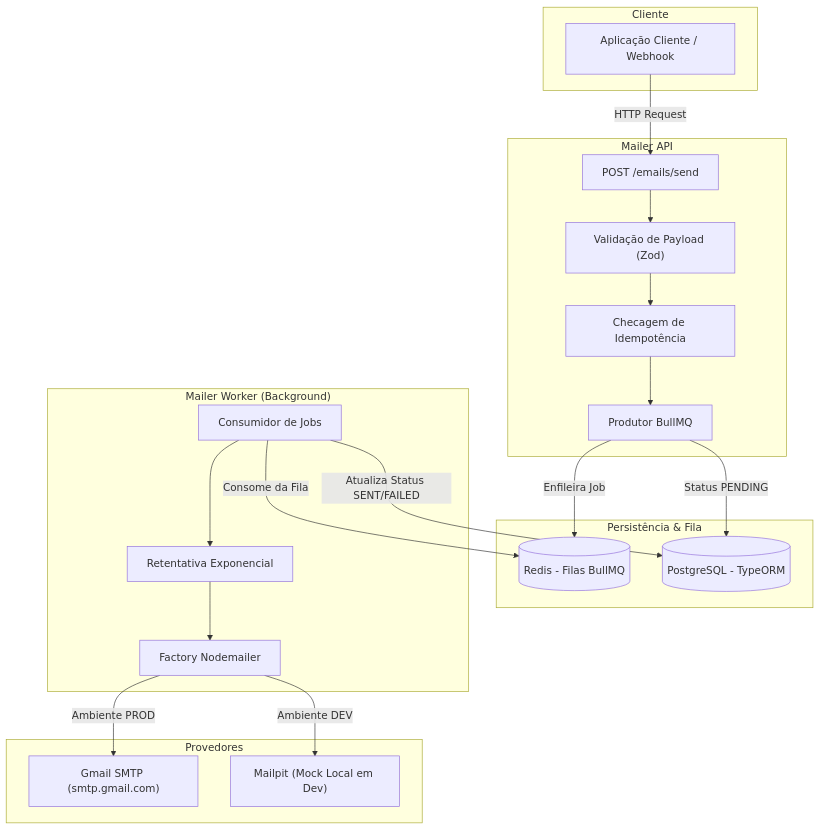
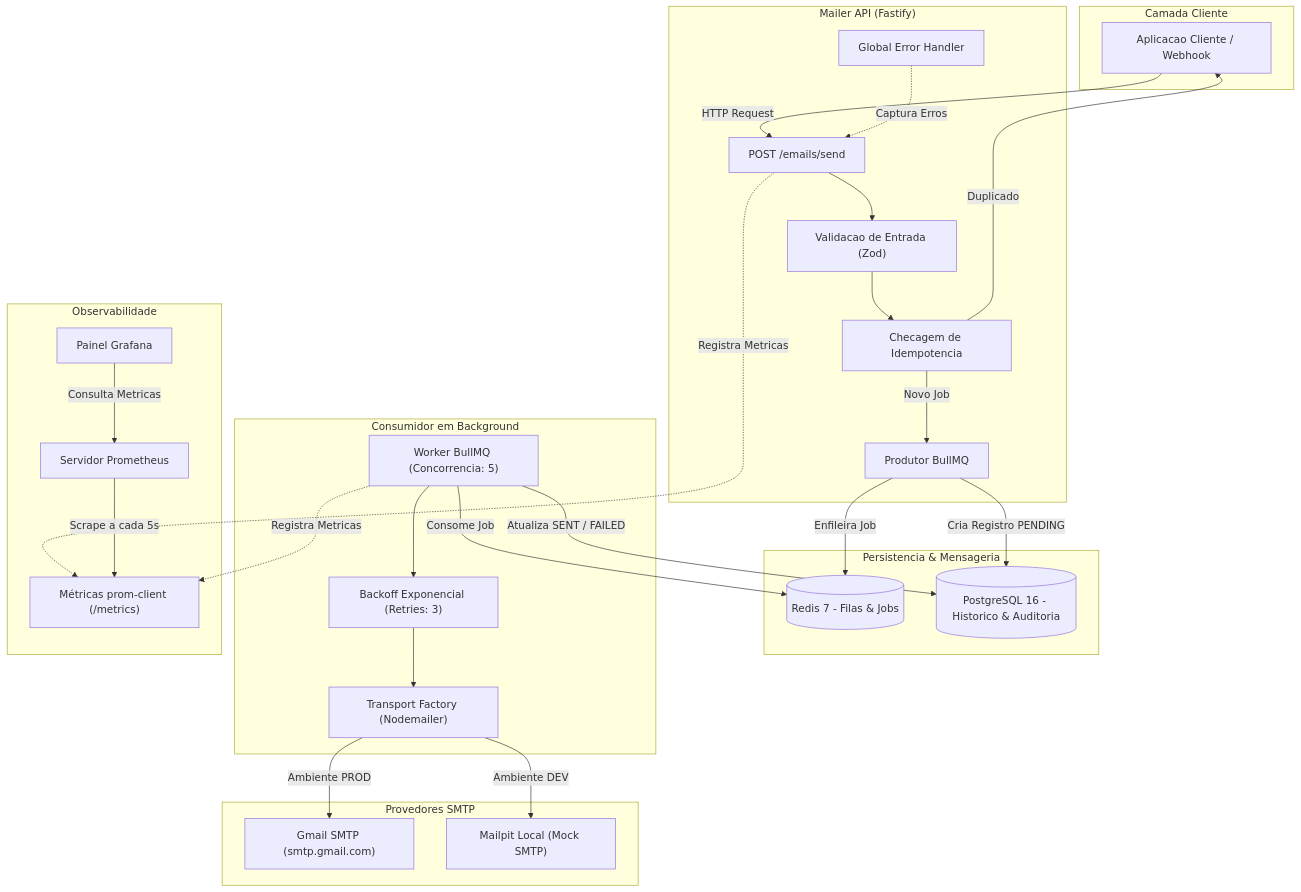
The diagram in README.md (thiagoeu/mailer-fullcyle), drawn with Mermaid before and after one commit. The commit also changed other lines of this file, not shown here.

````diff
--- a/README.md
+++ b/README.md
@@ -29,40 +66,57 @@
 ```mermaid
 flowchart TD
-    subgraph ClientLayer ["Cliente"]
-        Client["Aplicação Cliente / Webhook"]
+    subgraph ClientLayer ["Camada Cliente"]
+        Client["Aplicacao Cliente / Webhook"]
     end
 
-    subgraph APILayer ["Mailer API"]
+    subgraph APILayer ["Mailer API (Fastify)"]
         Routes["POST /emails/send"]
-        Validation["Validação de Payload (Zod)"]
-        Idempotency["Checagem de Idempotência"]
+        Validation["Validacao de Entrada (Zod)"]
+        Idempotency["Checagem de Idempotencia"]
+        ErrorHandler["Global Error Handler"]
         QueueProducer["Produtor BullMQ"]
     end
 
-    subgraph StorageBroker ["Persistência & Fila"]
-        Redis[("Redis - Filas BullMQ")]
-        Postgres[("PostgreSQL - TypeORM")]
+    subgraph StorageBroker ["Persistencia & Mensageria"]
+        Redis[("Redis 7 - Filas & Jobs")]
+        Postgres[("PostgreSQL 16 - Historico & Auditoria")]
     end
 
-    subgraph WorkerLayer ["Mailer Worker (Background)"]
-        Consumer["Consumidor de Jobs"]
-        RetryStrategy["Retentativa Exponencial"]
-        TransporterFactory["Factory Nodemailer"]
+    subgraph WorkerLayer ["Consumidor em Background"]
+        Consumer["Worker BullMQ (Concorrencia: 5)"]
+        RetryStrategy["Backoff Exponencial (Retries: 3)"]
+        TransporterFactory["Transport Factory (Nodemailer)"]
     end
 
-    subgraph Providers ["Provedores"]
+    subgraph Providers ["Provedores SMTP"]
         Gmail["Gmail SMTP (smtp.gmail.com)"]
-        Mailpit["Mailpit (Mock Local em Dev)"]
+        Mailpit["Mailpit Local (Mock SMTP)"]
+    end
+
+    subgraph Observability ["Observabilidade"]
+        PromMetrics["Métricas prom-client (/metrics)"]
+        Prometheus["Servidor Prometheus"]
+        Grafana["Painel Grafana"]
     end
 
     Client -->|HTTP Request| Routes
-    Routes --> Validation --> Idempotency --> QueueProducer
+    Routes --> Validation
+    Validation --> Idempotency
+    Idempotency -->|Novo Job| QueueProducer
+    Idempotency -->|Duplicado| Client
+    ErrorHandler -.->|Captura Erros| Routes
     QueueProducer -->|Enfileira Job| Redis
-    QueueProducer -->|Status PENDING| Postgres
+    QueueProducer -->|Cria Registro PENDING| Postgres
 
-    Consumer -->|Consome da Fila| Redis
-    Consumer --> RetryStrategy --> TransporterFactory
+    Consumer -->|Consome Job| Redis
+    Consumer --> RetryStrategy
+    RetryStrategy --> TransporterFactory
     TransporterFactory -->|Ambiente DEV| Mailpit
     TransporterFactory -->|Ambiente PROD| Gmail
-    Consumer -->|Atualiza Status SENT/FAILED| Postgres
+    Consumer -->|Atualiza SENT / FAILED| Postgres
+
+    Consumer -.->|Registra Metricas| PromMetrics
+    Routes -.->|Registra Metricas| PromMetrics
+    Prometheus -->|Scrape a cada 5s| PromMetrics
+    Grafana -->|Consulta Metricas| Prometheus
 ```
````
